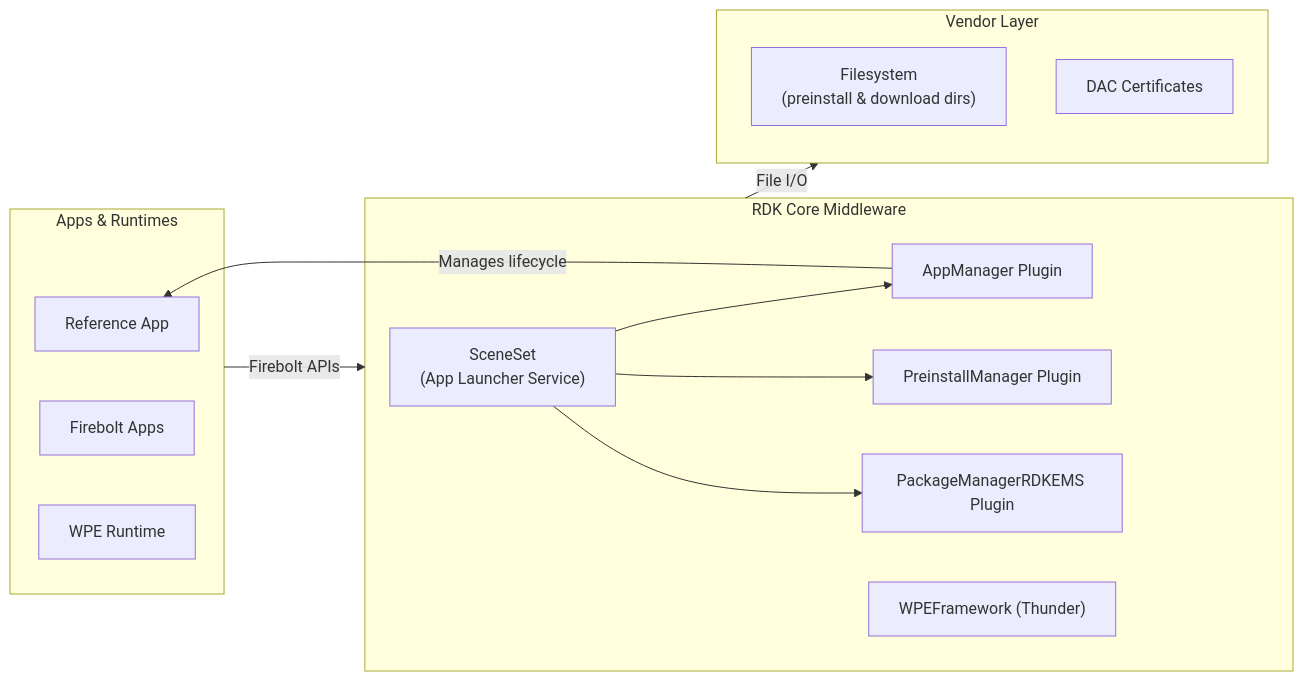
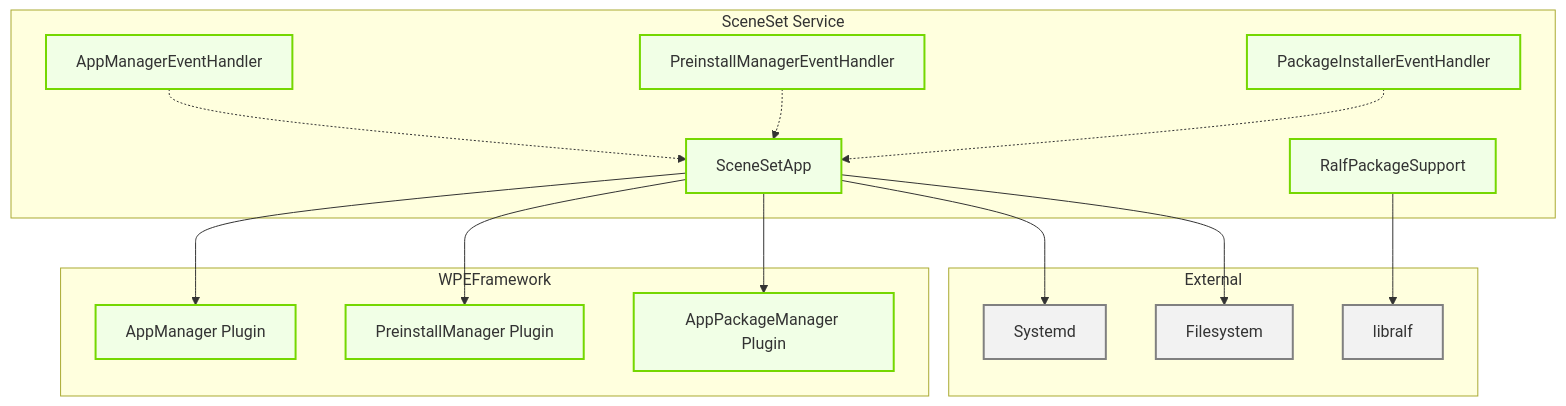
Before and after one commit to gourivarma3/sceneset: the second of 4 diagrams in docs/README.md, drawn with Mermaid. The commit also changed other lines of this file, not shown here.

````diff
--- a/docs/README.md
+++ b/docs/README.md
@@ -9,37 +39,42 @@
 ```mermaid
-flowchart LR
+graph TB
 
 %% Styles
-classDef Apps stroke:#00B9F1,fill:#E6F7FD,stroke-width:2px;
-classDef RDKMW stroke:#75D701,fill:#F1FFE6,stroke-width:2px;
-classDef VL stroke:#808080,fill:#F2F2F2,stroke-width:2px;
+classDef Apps stroke:#00B9F1,fill:#E6F7FD,stroke-width:2px
+classDef RDKMW stroke:#75D701,fill:#F1FFE6,stroke-width:2px
+classDef VL stroke:#808080,fill:#F2F2F2,stroke-width:2px
 
-%% Apps Layer
-    subgraph Apps["Apps & Runtimes"]
-        RefApp["Reference App"]
-        FBApps["Firebolt Apps"]
-        WPE_RT["WPE Runtime"]
+    subgraph SceneSet Service
+        SS[SceneSetApp]
+        AH[AppManagerEventHandler]
+        PH[PreinstallManagerEventHandler]
+        PKH[PackageInstallerEventHandler]
+        RS[RalfPackageSupport]
     end
 
-%% Middleware
-    subgraph RDKMW["RDK Core Middleware"]
-        SceneSet["SceneSet\n(App Launcher Service)"]
-        AM["AppManager Plugin"]
-        Preinstall["PreinstallManager Plugin"]
-        PkgMgr["PackageManagerRDKEMS Plugin"]
-        Thunder["WPEFramework (Thunder)"]
+    subgraph WPEFramework
+        AM[AppManager Plugin]
+        PM[PreinstallManager Plugin]
+        APM[AppPackageManager Plugin]
     end
 
-%% Vendor Layer
-    subgraph VL["Vendor Layer"]
-        FS["Filesystem\n(preinstall & download dirs)"]
-        Certs["DAC Certificates"]
+    subgraph External
+        SD[Systemd]
+        FS[Filesystem]
+        RALF[libralf]
     end
 
-    SceneSet --> AM
-    SceneSet --> Preinstall
-    SceneSet --> PkgMgr
-    AM -->|Manages lifecycle| RefApp
-    Apps -->|Firebolt APIs| RDKMW
-    RDKMW -->|File I/O| VL
+    SS --> AM
+    SS --> PM
+    SS --> APM
+    AH -.-> SS
+    PH -.-> SS
+    PKH -.-> SS
+    RS --> RALF
+    SS --> SD
+    SS --> FS
+
+class SS,AH,PH,PKH,RS RDKMW
+class AM,PM,APM RDKMW
+class SD,FS,RALF VL
 ```
````
